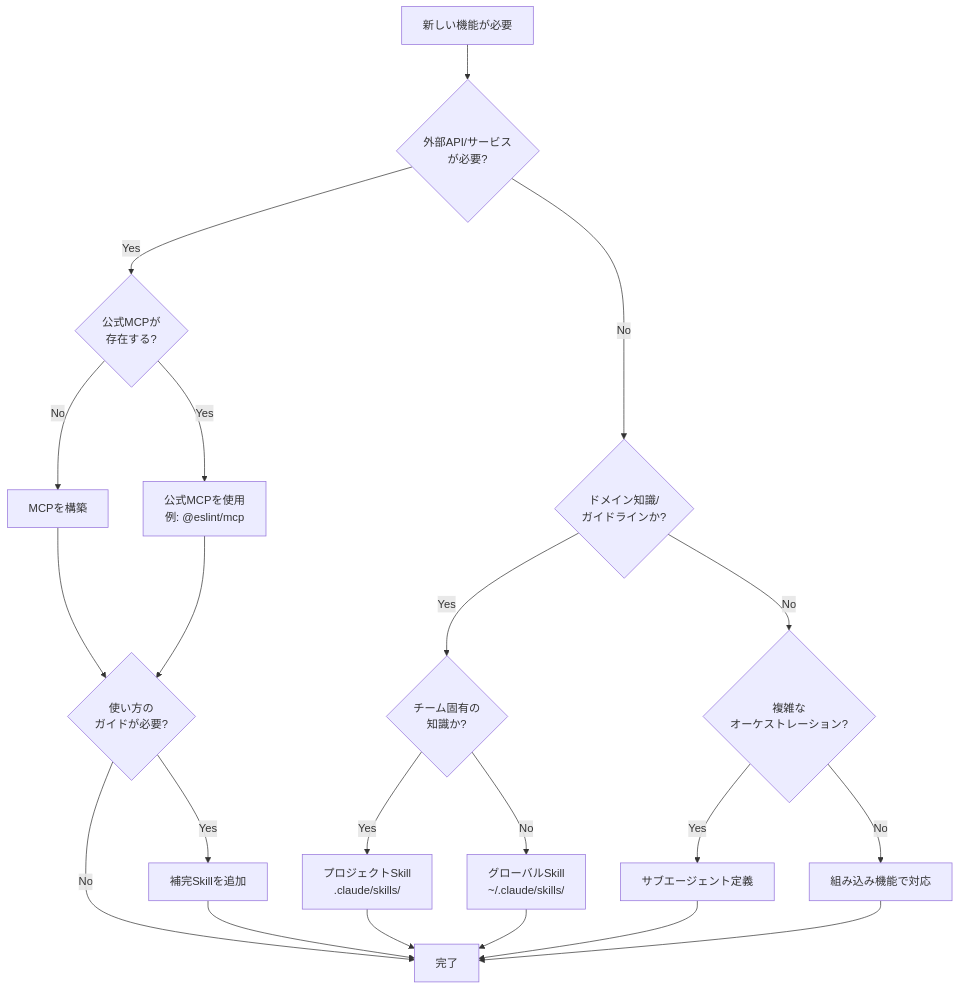
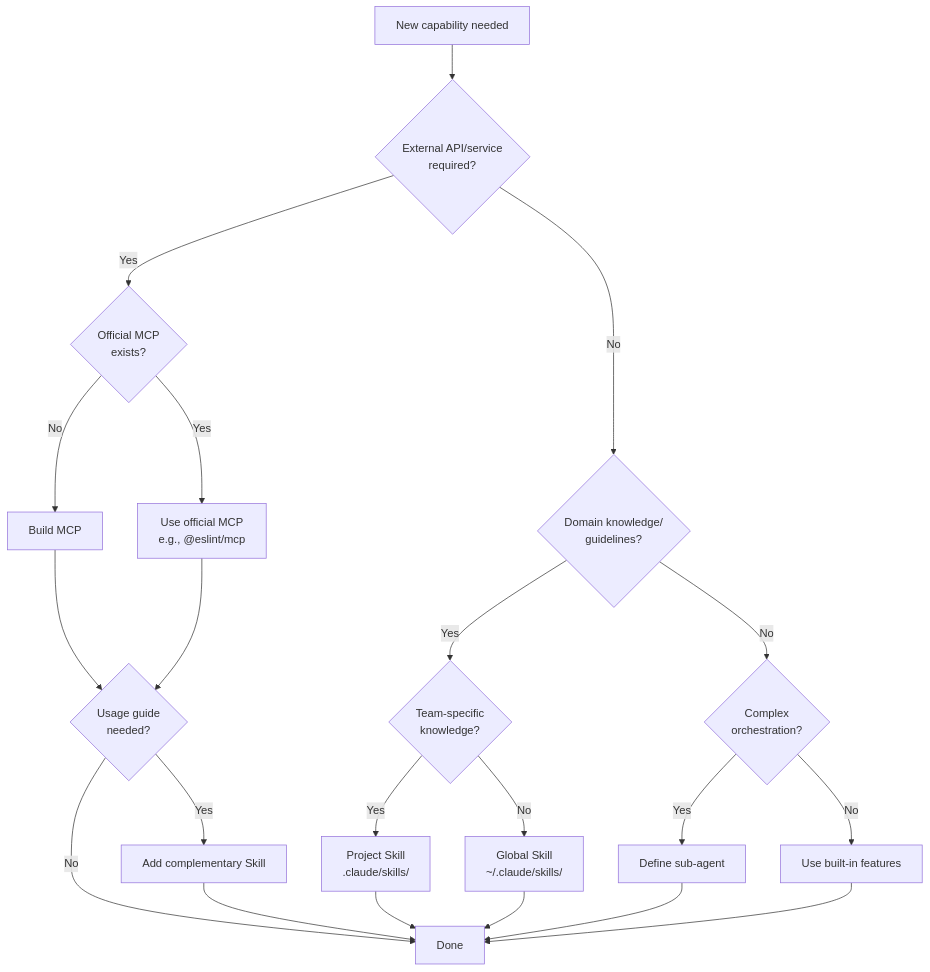
The diagram in docs/skills/vs-mcp.md (shuji-bonji/ai-agent-architecture), drawn with Mermaid before and after one commit. The commit also changed other lines of this file and 42 other files, not shown here.

````diff
--- a/docs/skills/vs-mcp.md
+++ b/docs/skills/vs-mcp.md
@@ -55,29 +57,29 @@
 ```mermaid
 flowchart TD
-    START[新しい機能が必要] --> Q1{外部API/サービス<br/>が必要?}
+    START[New capability needed] --> Q1{External API/service<br/>required?}
 
-    Q1 -->|Yes| Q1A{公式MCPが<br/>存在する?}
-    Q1A -->|Yes| USE_OFFICIAL[公式MCPを使用<br/>例: @eslint/mcp]
-    Q1A -->|No| BUILD_MCP[MCPを構築]
+    Q1 -->|Yes| Q1A{Official MCP<br/>exists?}
+    Q1A -->|Yes| USE_OFFICIAL[Use official MCP<br/>e.g., @eslint/mcp]
+    Q1A -->|No| BUILD_MCP[Build MCP]
 
-    Q1 -->|No| Q2{ドメイン知識/<br/>ガイドラインか?}
+    Q1 -->|No| Q2{Domain knowledge/<br/>guidelines?}
 
-    Q2 -->|Yes| Q2A{チーム固有の<br/>知識か?}
-    Q2A -->|Yes| PROJECT_SKILL[プロジェクトSkill<br/>.claude/skills/]
-    Q2A -->|No| GLOBAL_SKILL[グローバルSkill<br/>~/.claude/skills/]
+    Q2 -->|Yes| Q2A{Team-specific<br/>knowledge?}
+    Q2A -->|Yes| PROJECT_SKILL[Project Skill<br/>.claude/skills/]
+    Q2A -->|No| GLOBAL_SKILL[Global Skill<br/>~/.claude/skills/]
 
-    Q2 -->|No| Q3{複雑な<br/>オーケストレーション?}
-    Q3 -->|Yes| SUBAGENT[サブエージェント定義]
-    Q3 -->|No| BUILTIN[組み込み機能で対応]
+    Q2 -->|No| Q3{Complex<br/>orchestration?}
+    Q3 -->|Yes| SUBAGENT[Define sub-agent]
+    Q3 -->|No| BUILTIN[Use built-in features]
 
-    BUILD_MCP --> Q_GUIDE{使い方の<br/>ガイドが必要?}
-    Q_GUIDE -->|Yes| ADD_SKILL[補完Skillを追加]
-    Q_GUIDE -->|No| DONE[完了]
+    BUILD_MCP --> Q_GUIDE{Usage guide<br/>needed?}
+    Q_GUIDE -->|Yes| ADD_SKILL[Add complementary Skill]
+    Q_GUIDE -->|No| DONE[Done]
 
     USE_OFFICIAL --> Q_GUIDE
     ADD_SKILL --> DONE
     PROJECT_SKILL --> DONE
     GLOBAL_SKILL --> DONE
     SUBAGENT --> DONE
     BUILTIN --> DONE
 ```
````
